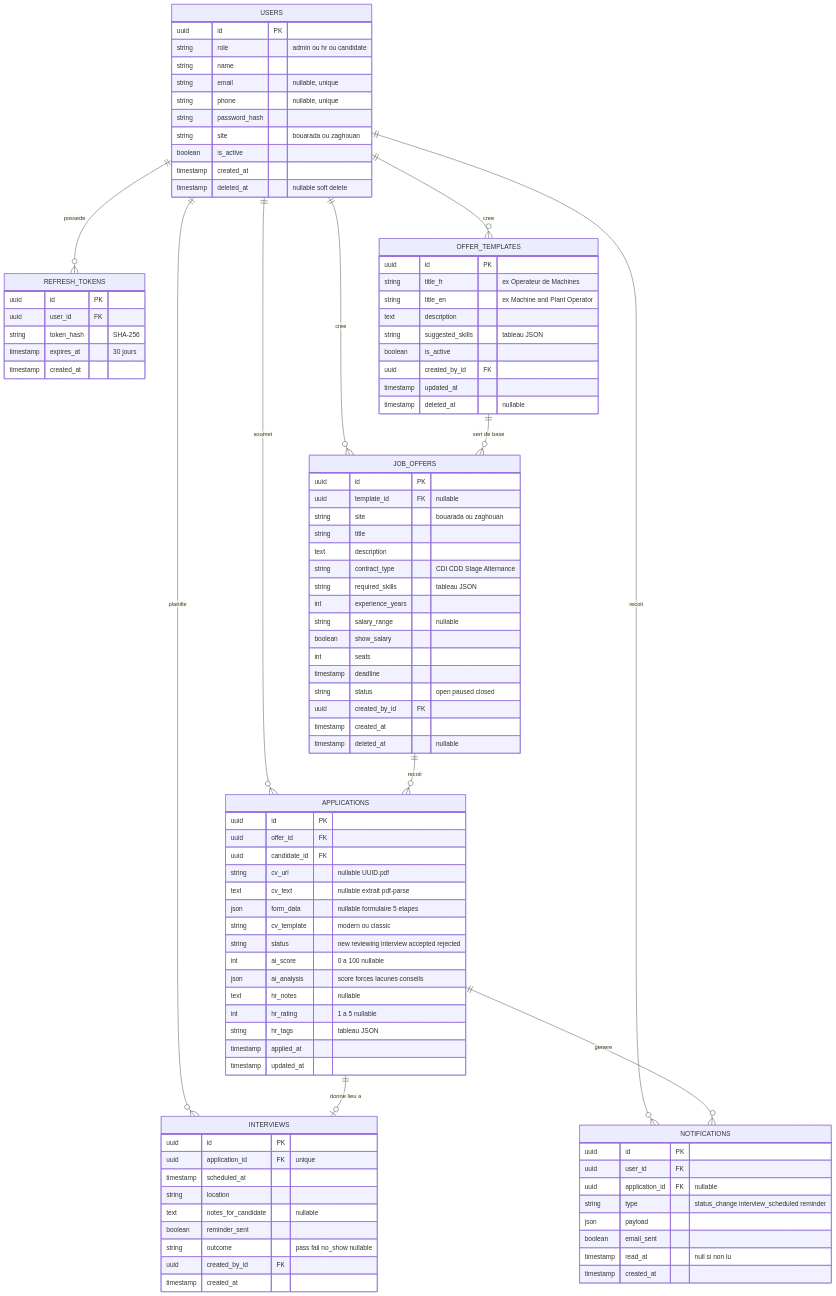
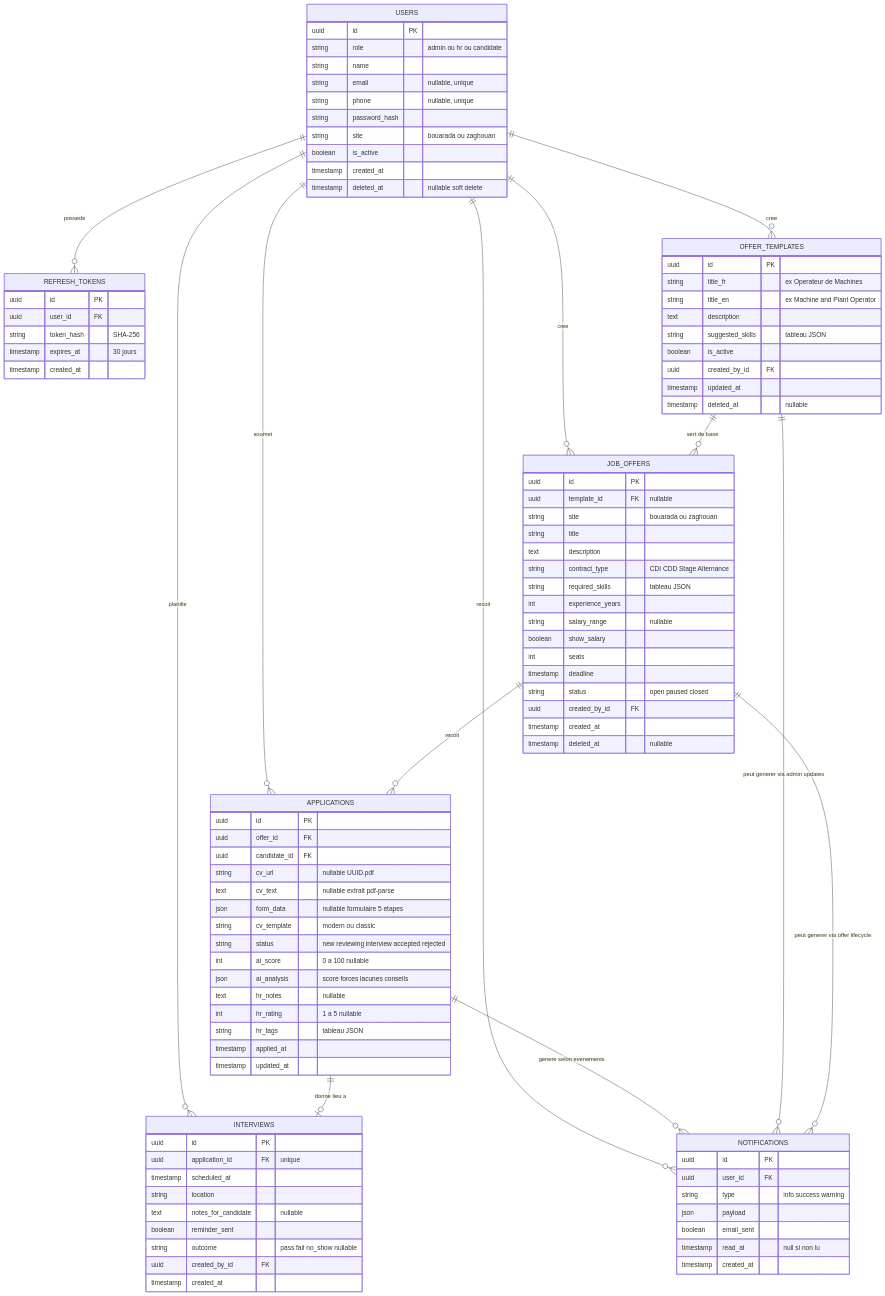
One commit to foudhilriahi/schulte changed the diagram in diagramms/01_erd.md. Above: the diagram before and after it, drawn with Mermaid. The commit also changed 5 other files, not shown here.

Commit message:
feat: Update ERD and sequence diagrams to enhance clarity and add new requirements

````diff
--- a/diagramms/01_erd.md
+++ b/diagramms/01_erd.md
@@ -88,8 +88,7 @@
     NOTIFICATIONS {
         uuid id PK
         uuid user_id FK
-        uuid application_id FK "nullable"
-        string type "status_change interview_scheduled reminder"
+        string type "info success warning"
         json payload
         boolean email_sent
         timestamp read_at "null si non lu"
@@ -105,5 +104,7 @@
     OFFER_TEMPLATES ||--o{ JOB_OFFERS : "sert de base"
     JOB_OFFERS ||--o{ APPLICATIONS : "recoit"
     APPLICATIONS ||--o| INTERVIEWS : "donne lieu a"
-    APPLICATIONS ||--o{ NOTIFICATIONS : "genere"
+    APPLICATIONS ||--o{ NOTIFICATIONS : "genere selon evenements"
+    OFFER_TEMPLATES ||--o{ NOTIFICATIONS : "peut generer via admin updates"
+    JOB_OFFERS ||--o{ NOTIFICATIONS : "peut generer via offer lifecycle"
 ```
````
